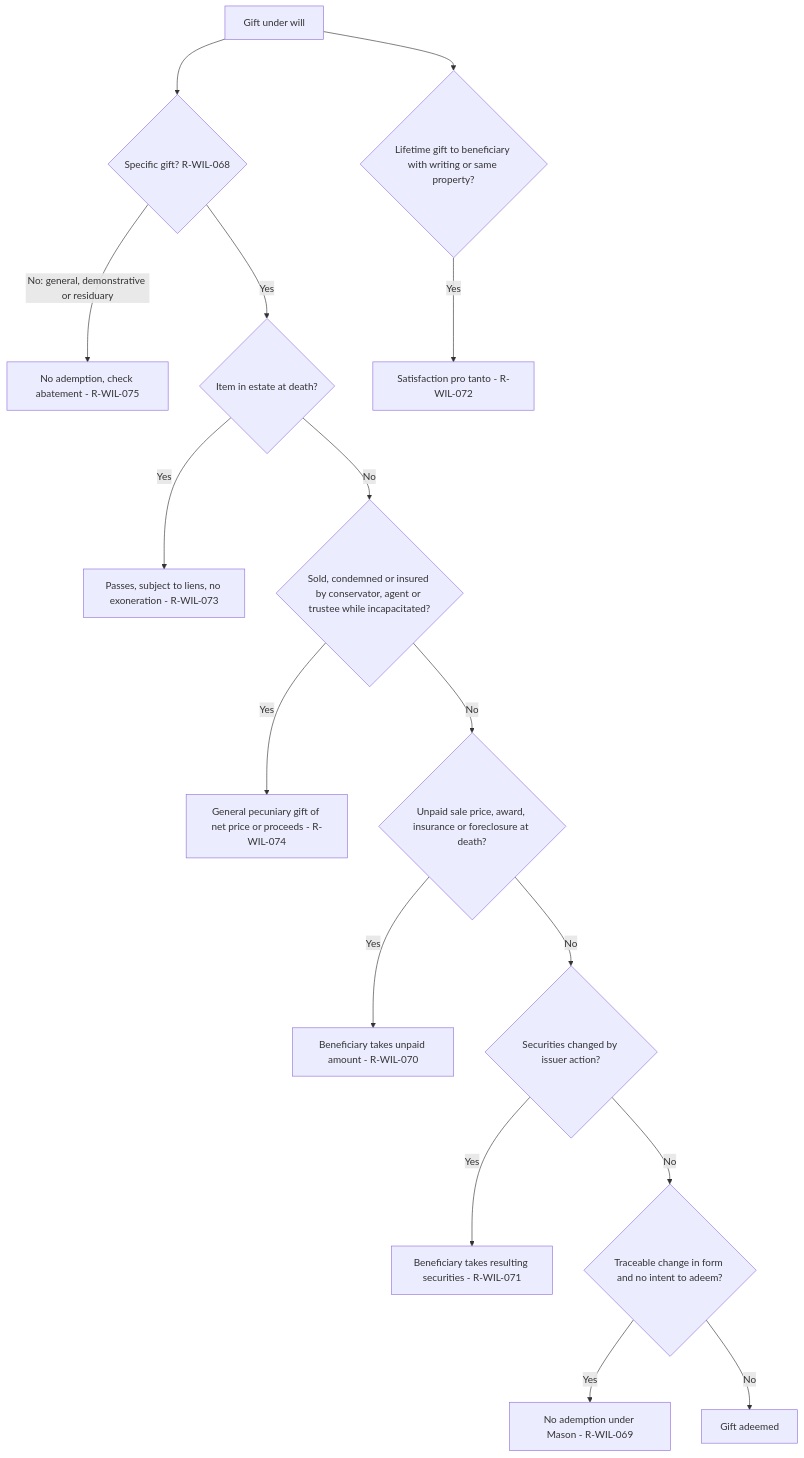
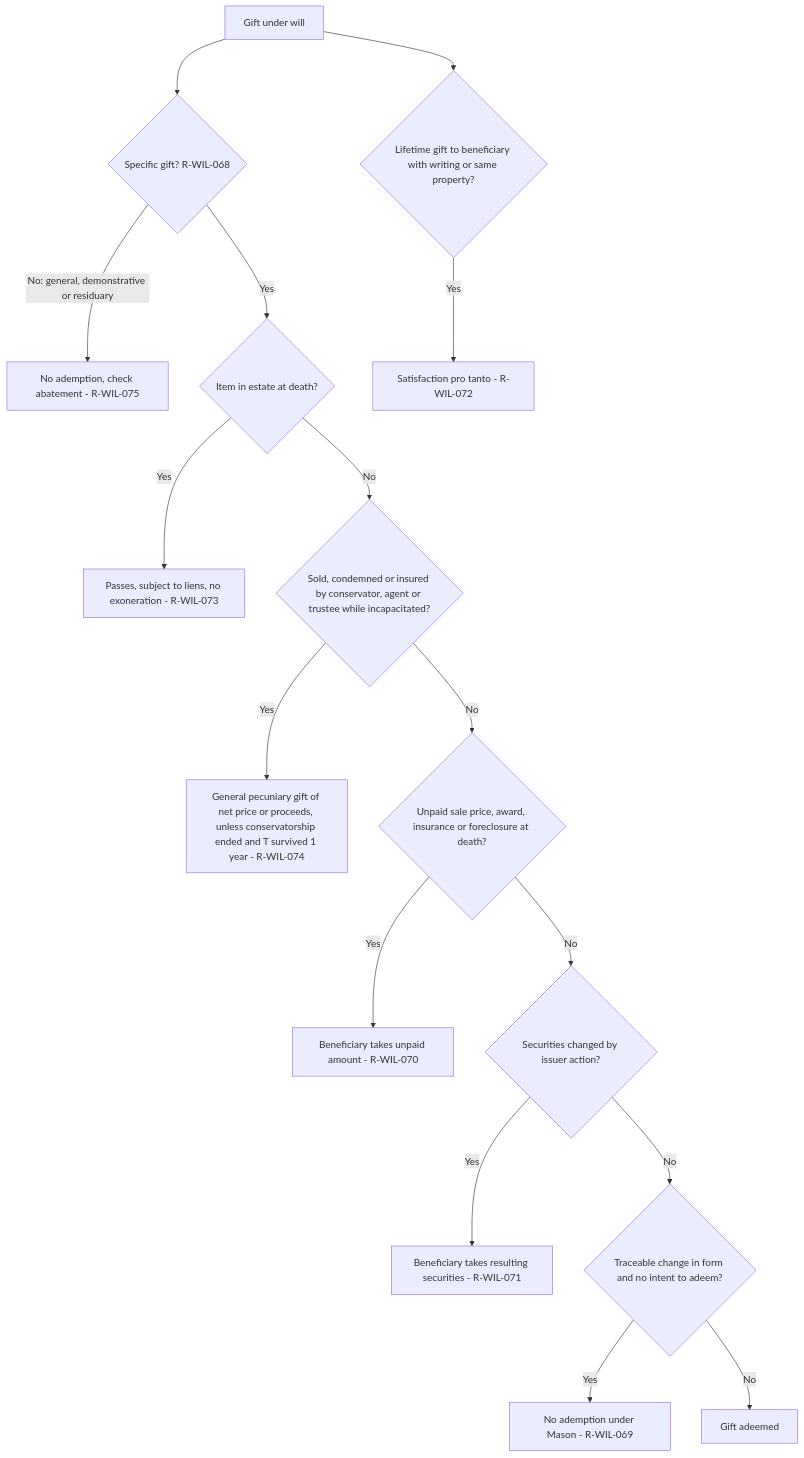
Before and after one commit to FrankHuang94/ca-bar-prep-claude: the seventh of 10 diagrams in 03-subjects/wills-succession/flowcharts.md, drawn with Mermaid. The commit also changed other lines of this file and 21 other files, not shown here.

````diff
--- a/03-subjects/wills-succession/flowcharts.md
+++ b/03-subjects/wills-succession/flowcharts.md
@@ -143,18 +143,18 @@
 ```mermaid
 flowchart TD
     A["Gift under will"] --> B{"Specific gift? R-WIL-068"}
     B -- "No: general, demonstrative or residuary" --> B1["No ademption, check abatement - R-WIL-075"]
     B -- "Yes" --> C{"Item in estate at death?"}
     C -- "Yes" --> C1["Passes, subject to liens, no exoneration - R-WIL-073"]
     C -- "No" --> D{"Sold, condemned or insured by conservator, agent or trustee while incapacitated?"}
-    D -- "Yes" --> D1["General pecuniary gift of net price or proceeds - R-WIL-074"]
+    D -- "Yes" --> D1["General pecuniary gift of net price or proceeds, unless conservatorship ended and T survived 1 year - R-WIL-074"]
     D -- "No" --> E{"Unpaid sale price, award, insurance or foreclosure at death?"}
     E -- "Yes" --> E1["Beneficiary takes unpaid amount - R-WIL-070"]
     E -- "No" --> F{"Securities changed by issuer action?"}
     F -- "Yes" --> F1["Beneficiary takes resulting securities - R-WIL-071"]
     F -- "No" --> G{"Traceable change in form and no intent to adeem?"}
     G -- "Yes" --> G1["No ademption under Mason - R-WIL-069"]
     G -- "No" --> G2["Gift adeemed"]
     A --> S{"Lifetime gift to beneficiary with writing or same property?"}
     S -- "Yes" --> S1["Satisfaction pro tanto - R-WIL-072"]
 ```
````
